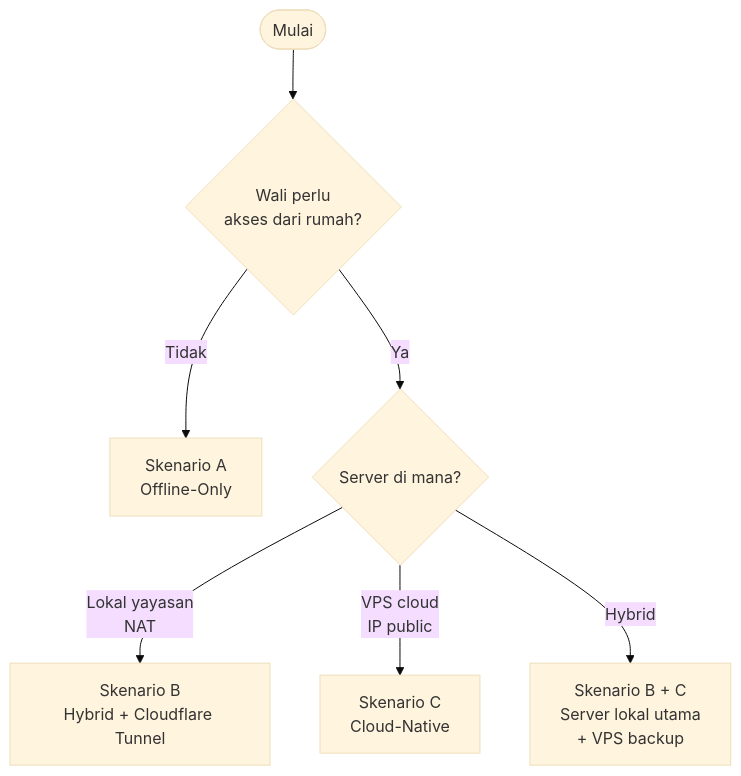
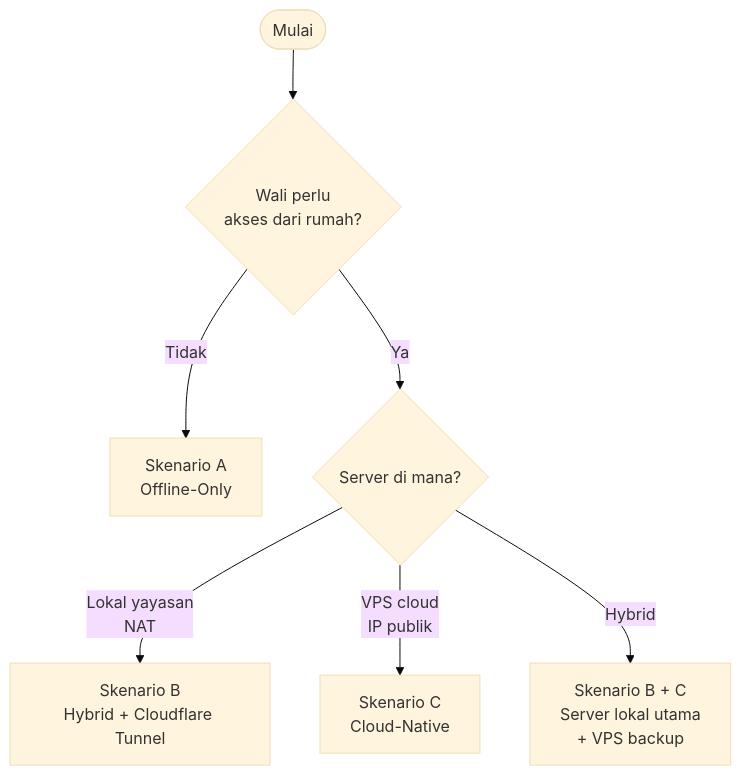
Before and after one commit to RaiKanaeru/ai-agents-vault: the fourth of 4 diagrams in 60-Blueprints/SERVER_NETWORK_DEPLOYMENT.md, drawn with Mermaid (base theme). The commit also changed other lines of this file and 41 other files, not shown here.

````diff
--- a/60-Blueprints/SERVER_NETWORK_DEPLOYMENT.md
+++ b/60-Blueprints/SERVER_NETWORK_DEPLOYMENT.md
@@ -395,11 +395,11 @@
 ```mermaid
 flowchart TD
-    Start([Mulai])
-    Q1{Wali perlu<br/>akses dari rumah?}
-    Start --> Q1
-    Q1 -->|Tidak| A[Skenario A<br/>Offline-Only]
-    Q1 -->|Ya| Q2{Server di mana?}
-    Q2 -->|Lokal yayasan<br/>NAT| B[Skenario B<br/>Hybrid + Cloudflare Tunnel]
-    Q2 -->|VPS cloud<br/>IP public| C[Skenario C<br/>Cloud-Native]
-    Q2 -->|Hybrid| D[Skenario B + C<br/>Server lokal utama<br/>+ VPS backup]
+    Mulai([Mulai])
+    T1{"Wali perlu<br/>akses dari rumah?"}
+    Mulai --> T1
+    T1 -->|"Tidak"| A["Skenario A<br/>Offline-Only"]
+    T1 -->|"Ya"| T2{"Server di mana?"}
+    T2 -->|"Lokal yayasan<br/>NAT"| B["Skenario B<br/>Hybrid + Cloudflare Tunnel"]
+    T2 -->|"VPS cloud<br/>IP publik"| C["Skenario C<br/>Cloud-Native"]
+    T2 -->|"Hybrid"| D["Skenario B + C<br/>Server lokal utama<br/>+ VPS backup"]
 ```
````
